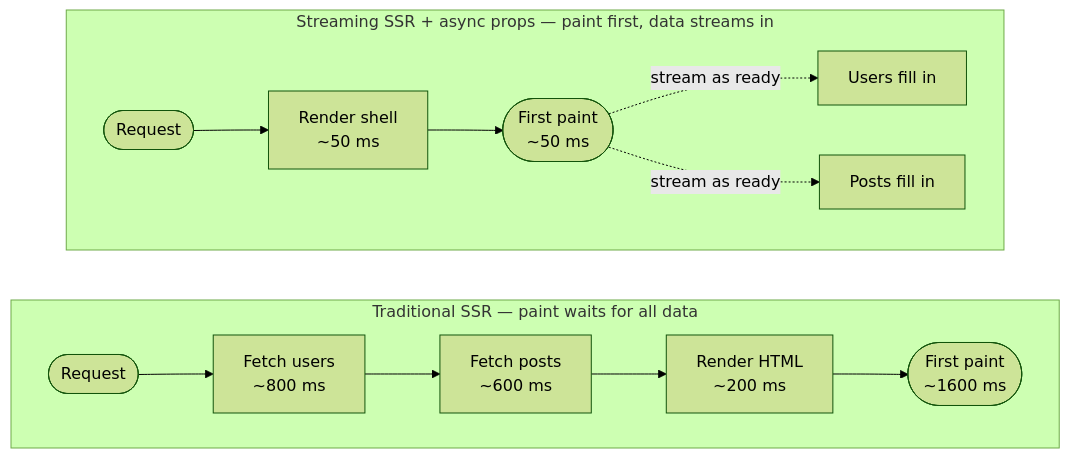
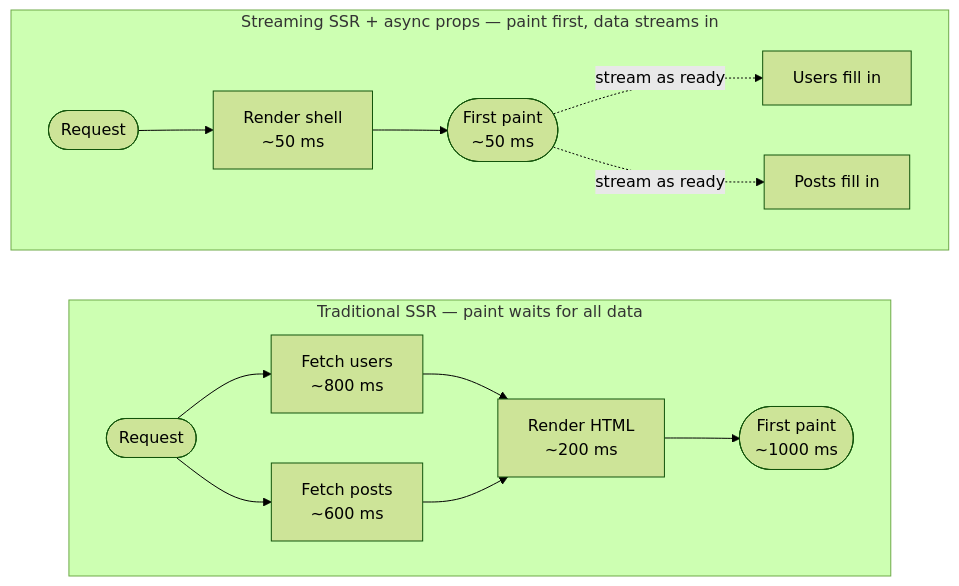
The first of 5 diagrams in docs/pro/streaming-ssr.md (shakacode/react_on_rails), drawn with Mermaid (forest theme) before and after one commit. The commit also changed other lines of this file, not shown here.

Commit message:
docs(pro): parallelize SSR fetch diagram, drop box-drawing separators
Address PR #3569 review feedback on the streaming SSR diagrams:

- Traditional-SSR diagram now shows the two fetches running in parallel
  (~1000 ms first paint) instead of a sequential 800+600+200 chain. The
  sequential layout summed to ~1600 ms, which contradicted the prose
  ("paint waits for the slowest query") and overstated the baseline by
  ~60%. Parallel fetches mirror the streaming subgraph's s3/s4 branches
  and make the contrast consistent with the surrounding text. Flagged by
  @claude and @greptile-apps.
- Removed the box-drawing separators (──────────) from the stage-diagram
  node labels; their glyph widths can render inconsistently across
  Mermaid hosts. A blank line between the stage title and the status list
  provides the same visual separation. Flagged by @claude.

````diff
--- a/docs/pro/streaming-ssr.md
+++ b/docs/pro/streaming-ssr.md
@@ -18,13 +18,17 @@
 ```mermaid
 flowchart LR
     subgraph TRAD["Traditional SSR — paint waits for all data"]
         direction LR
-        t0([Request]) --> t1["Fetch users<br/>~800 ms"] --> t2["Fetch posts<br/>~600 ms"] --> t3["Render HTML<br/>~200 ms"] --> t4(["First paint<br/>~1600 ms"])
+        t0([Request]) --> t1["Fetch users<br/>~800 ms"]
+        t0 --> t2["Fetch posts<br/>~600 ms"]
+        t1 --> t3["Render HTML<br/>~200 ms"]
+        t2 --> t3
+        t3 --> t4(["First paint<br/>~1000 ms"])
     end
     subgraph STREAM["Streaming SSR + async props — paint first, data streams in"]
         direction LR
         s0([Request]) --> s1["Render shell<br/>~50 ms"] --> s2(["First paint<br/>~50 ms"])
         s2 -. stream as ready .-> s3["Users fill in"]
         s2 -. stream as ready .-> s4["Posts fill in"]
     end
 ```
````
